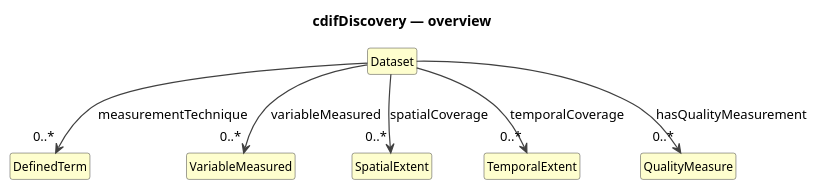
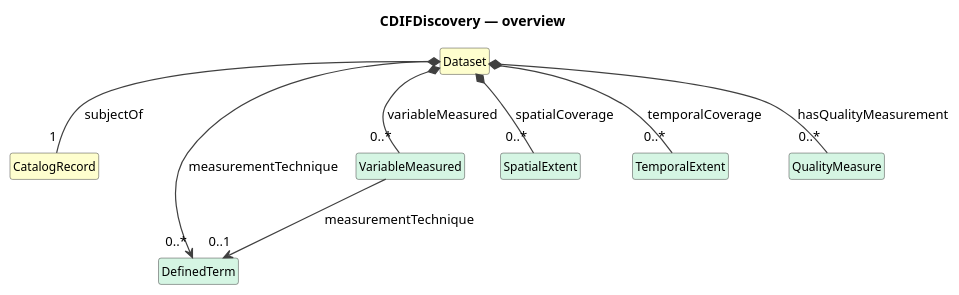
One commit to Cross-Domain-Interoperability-Framework/metadataBuildingBlocks changed the diagram in cdif-uml-model/cdifDiscovery/index.pu. Above: the diagram before and after it, drawn with PlantUML. The commit also changed 466 other files, not shown here.

First line of the commit message:
cdif-uml-model: regen for cdifDiscovery split (module + composites)

```diff
--- a/cdif-uml-model/cdifDiscovery/index.pu
+++ b/cdif-uml-model/cdifDiscovery/index.pu
@@ -1,30 +1,28 @@
 @startuml
-title cdifDiscovery — overview
+title CDIFDiscovery — overview
 hide circle
 hide empty members
 skinparam shadowing false
 skinparam ArrowThickness 1.2
 skinparam class {
   ArrowColor #404040
   BorderColor #404040
   FontSize 12
 }
 
 class "Dataset" as Dataset #FEFECE
+class "CatalogRecord" as CatalogRecord #FEFECE
+class "DefinedTerm" as DefinedTerm #D5F5E3
+class "VariableMeasured" as VariableMeasured #D5F5E3
+class "SpatialExtent" as SpatialExtent #D5F5E3
+class "TemporalExtent" as TemporalExtent #D5F5E3
+class "QualityMeasure" as QualityMeasure #D5F5E3
+Dataset *-- "1" CatalogRecord : subjectOf
+Dataset --> "0..*" DefinedTerm : measurementTechnique
+Dataset *-- "0..*" VariableMeasured : variableMeasured
+Dataset *-- "0..*" SpatialExtent : spatialCoverage
+Dataset *-- "0..*" TemporalExtent : temporalCoverage
+Dataset *-- "0..*" QualityMeasure : hasQualityMeasurement
+VariableMeasured --> "0..1" DefinedTerm : measurementTechnique
 
-class "DefinedTerm" as DefinedTerm #FEFECE
-
-class "VariableMeasured" as VariableMeasured #FEFECE
-
-class "SpatialExtent" as SpatialExtent #FEFECE
-
-class "TemporalExtent" as TemporalExtent #FEFECE
-
-class "QualityMeasure" as QualityMeasure #FEFECE
-
-Dataset --> "0..*" DefinedTerm : measurementTechnique
-Dataset --> "0..*" VariableMeasured : variableMeasured
-Dataset --> "0..*" SpatialExtent : spatialCoverage
-Dataset --> "0..*" TemporalExtent : temporalCoverage
-Dataset --> "0..*" QualityMeasure : hasQualityMeasurement
 @enduml
```
